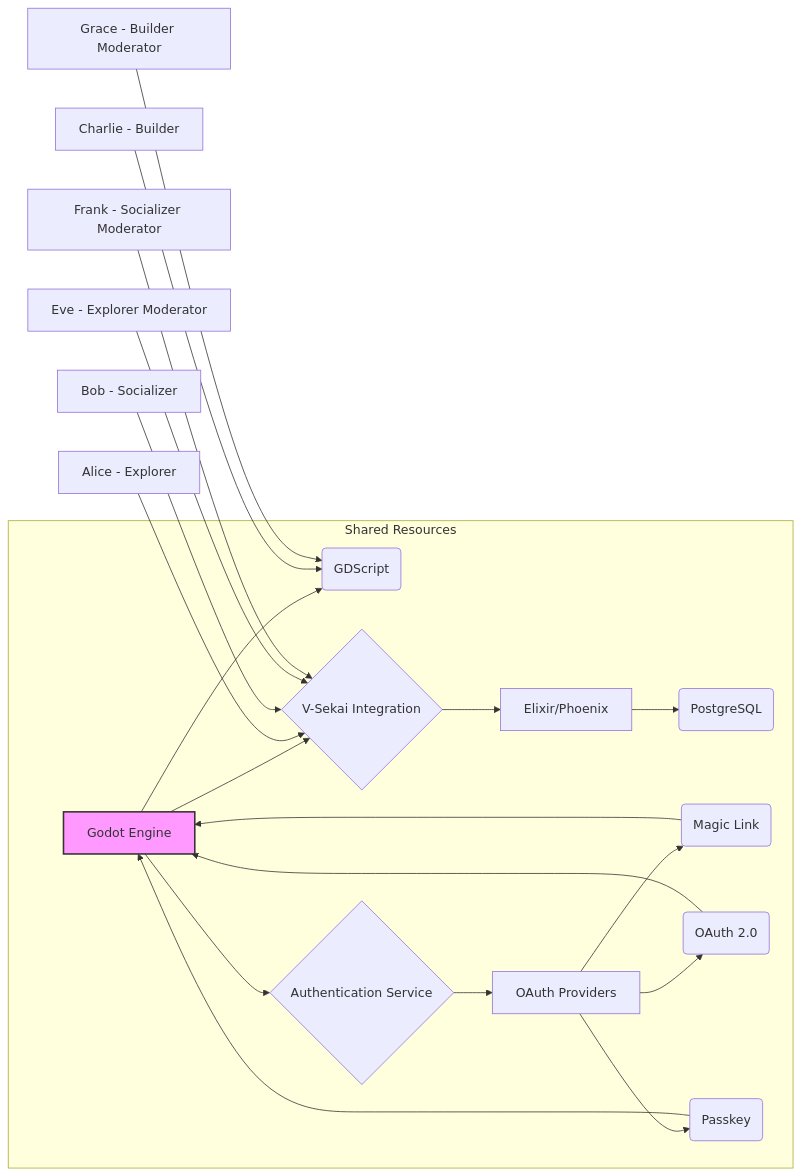
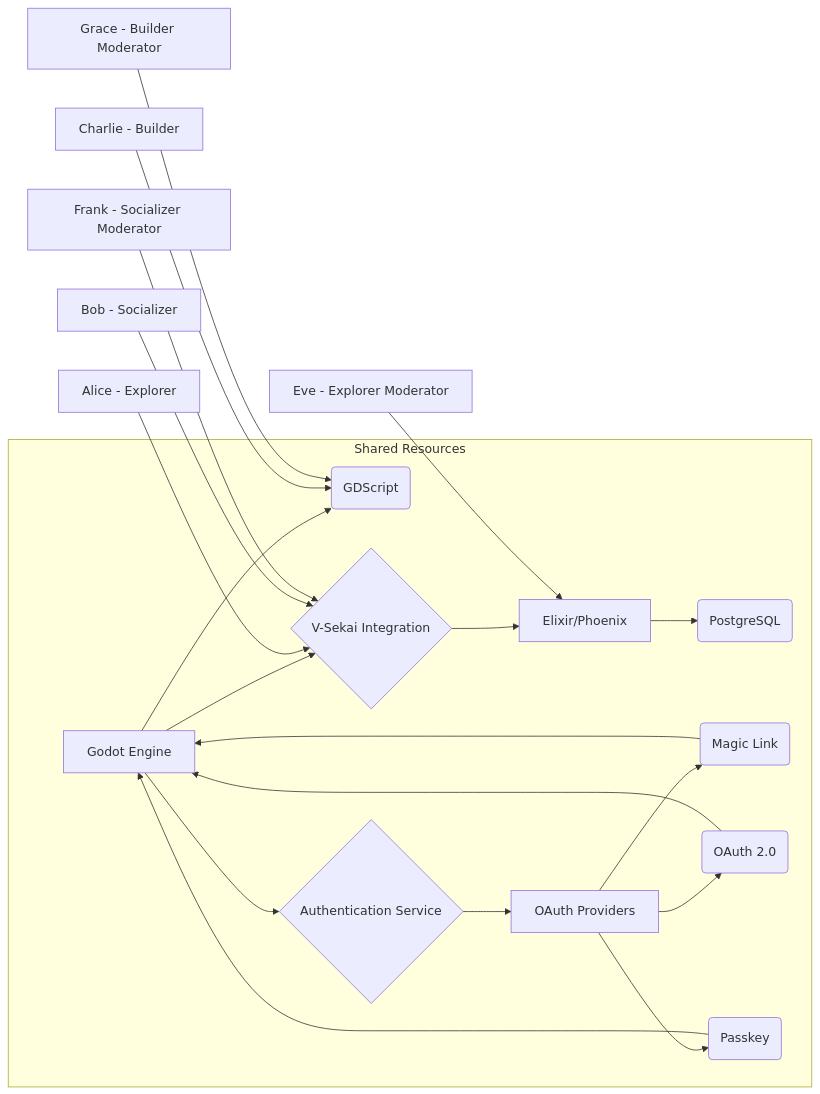
One commit to V-Sekai/manuals changed the diagram in decisions/20241229-one-prototyping-stack.md. Above: the diagram before and after it, drawn with Mermaid.

Commit message:
Move around.

````diff
--- a/decisions/20241229-one-prototyping-stack.md
+++ b/decisions/20241229-one-prototyping-stack.md
@@ -35,26 +35,24 @@
 ```mermaid
 graph LR
     subgraph "Shared Resources"
         A[Godot Engine] --> B(GDScript)
         A --> C{V-Sekai Integration}
         C --> D[Elixir/Phoenix]
         D --> E(PostgreSQL)
         A --> F{Authentication Service}
         F --> G[OAuth Providers]
         G --> H(Magic Link)
         G --> I(OAuth 2.0)
         G --> J(Passkey)
         H --> A
         I --> A
         J --> A
     end
 
     M[Alice - Explorer] --> C
     N[Bob - Socializer] --> C
     O[Charlie - Builder] --> B
-    Q[Eve - Explorer Moderator] --> C
+    Q[Eve - Explorer Moderator] --> D
     R[Frank - Socializer Moderator] --> C
     S[Grace - Builder Moderator] --> B
-
-    style A fill:#f9f,stroke:#333,stroke-width:2px
 ```
````
